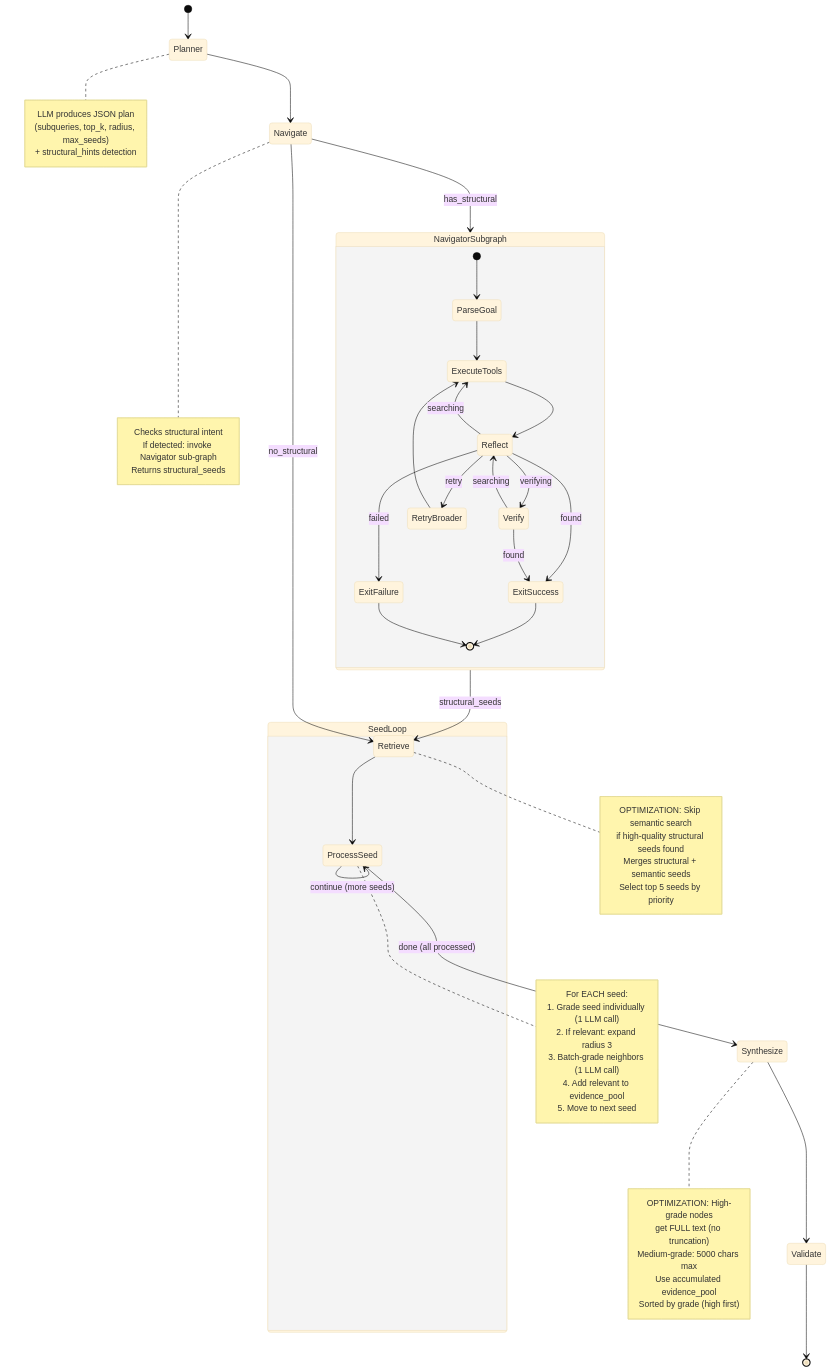
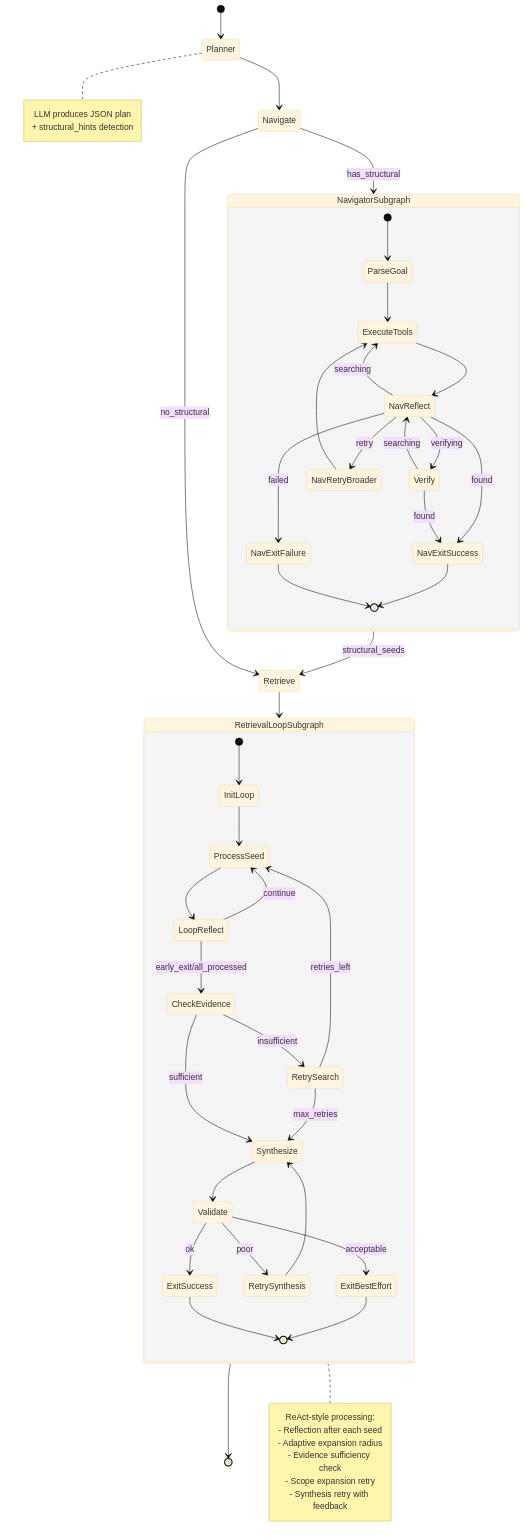
Before and after one commit to MuhammadAli13562/ExRAG: the fourth of 4 diagrams in retrieval/agent_flowchart.md, drawn with Mermaid (base theme). The commit also changed other lines of this file and 16 other files, not shown here.

````diff
--- a/retrieval/agent_flowchart.md
+++ b/retrieval/agent_flowchart.md
@@ -73,71 +97,62 @@
 ```mermaid
 stateDiagram-v2
     [*] --> Planner
     
     Planner --> Navigate
     
     state NavigatorSubgraph {
         [*] --> ParseGoal
         ParseGoal --> ExecuteTools
-        ExecuteTools --> Reflect
-        Reflect --> Verify: verifying
-        Reflect --> RetryBroader: retry
-        Reflect --> ExecuteTools: searching
-        Reflect --> ExitSuccess: found
-        Reflect --> ExitFailure: failed
-        Verify --> ExitSuccess: found
-        Verify --> Reflect: searching
-        RetryBroader --> ExecuteTools
-        ExitSuccess --> [*]
-        ExitFailure --> [*]
+        ExecuteTools --> NavReflect
+        NavReflect --> Verify: verifying
+        NavReflect --> NavRetryBroader: retry
+        NavReflect --> ExecuteTools: searching
+        NavReflect --> NavExitSuccess: found
+        NavReflect --> NavExitFailure: failed
+        Verify --> NavExitSuccess: found
+        Verify --> NavReflect: searching
+        NavRetryBroader --> ExecuteTools
+        NavExitSuccess --> [*]
+        NavExitFailure --> [*]
     }
     
     Navigate --> NavigatorSubgraph: has_structural
     Navigate --> Retrieve: no_structural
     NavigatorSubgraph --> Retrieve: structural_seeds
     
-    state SeedLoop {
-        Retrieve --> ProcessSeed
-        ProcessSeed --> ProcessSeed: continue (more seeds)
+    state RetrievalLoopSubgraph {
+        [*] --> InitLoop
+        InitLoop --> ProcessSeed
+        ProcessSeed --> LoopReflect
+        LoopReflect --> ProcessSeed: continue
+        LoopReflect --> CheckEvidence: early_exit/all_processed
+        CheckEvidence --> Synthesize: sufficient
+        CheckEvidence --> RetrySearch: insufficient
+        RetrySearch --> ProcessSeed: retries_left
+        RetrySearch --> Synthesize: max_retries
+        Synthesize --> Validate
+        Validate --> ExitSuccess: ok
+        Validate --> RetrySynthesis: poor
+        Validate --> ExitBestEffort: acceptable
+        RetrySynthesis --> Synthesize
+        ExitSuccess --> [*]
+        ExitBestEffort --> [*]
     }
     
-    ProcessSeed --> Synthesize: done (all processed)
-    Synthesize --> Validate
-    Validate --> [*]
+    Retrieve --> RetrievalLoopSubgraph
+    RetrievalLoopSubgraph --> [*]
     
     note right of Planner
         LLM produces JSON plan
-        (subqueries, top_k, radius, max_seeds)
         + structural_hints detection
     end note
     
-    note right of Navigate
-        Checks structural intent
-        If detected: invoke Navigator sub-graph
-        Returns structural_seeds
-    end note
-    
-    note right of Retrieve
-        OPTIMIZATION: Skip semantic search
-        if high-quality structural seeds found
-        Merges structural + semantic seeds
-        Select top 5 seeds by priority
-    end note
-    
-    note right of ProcessSeed
-        For EACH seed:
-        1. Grade seed individually (1 LLM call)
-        2. If relevant: expand radius 3
-        3. Batch-grade neighbors (1 LLM call)
-        4. Add relevant to evidence_pool
-        5. Move to next seed
-    end note
-    
-    note right of Synthesize
-        OPTIMIZATION: High-grade nodes
-        get FULL text (no truncation)
-        Medium-grade: 5000 chars max
-        Use accumulated evidence_pool
-        Sorted by grade (high first)
+    note right of RetrievalLoopSubgraph
+        ReAct-style processing:
+        - Reflection after each seed
+        - Adaptive expansion radius
+        - Evidence sufficiency check
+        - Scope expansion retry
+        - Synthesis retry with feedback
     end note
 ```
````
